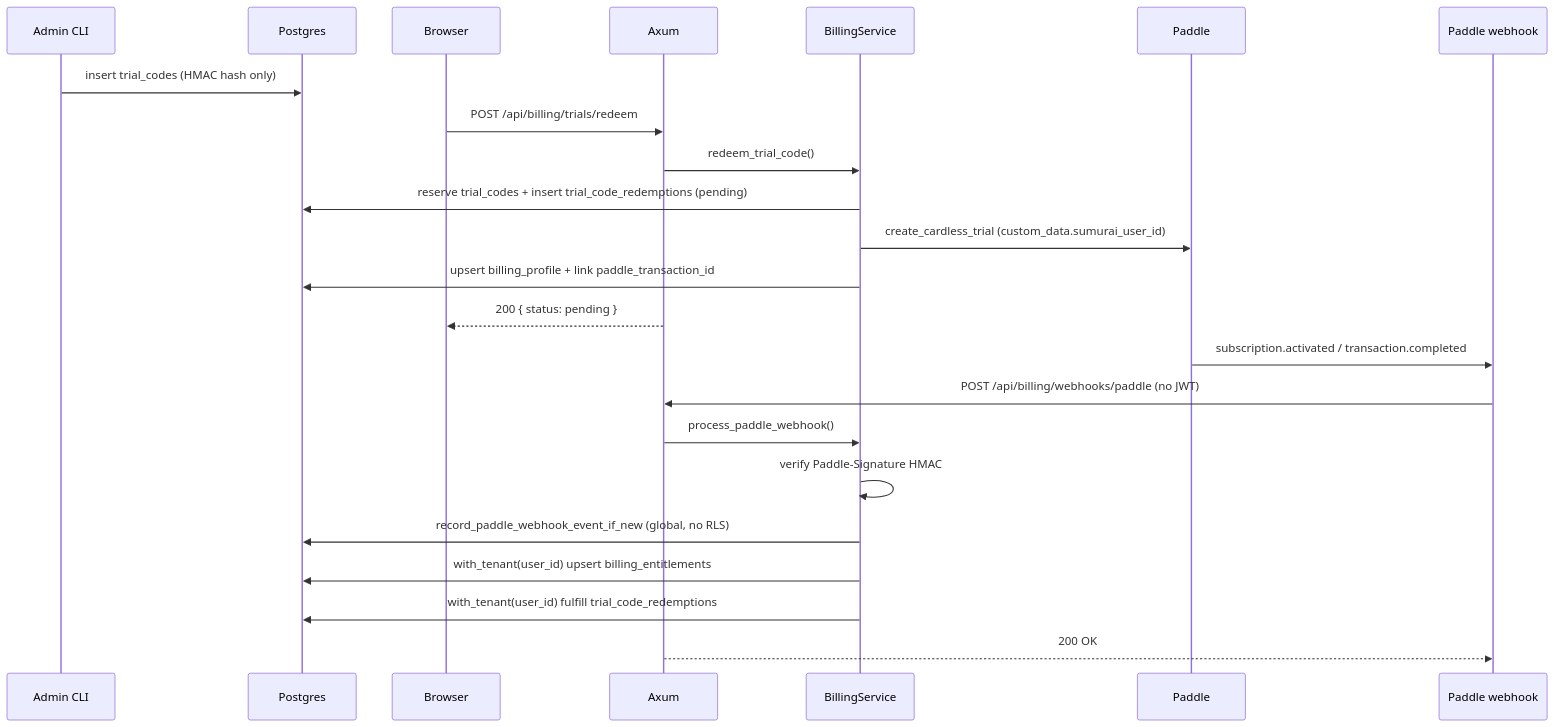
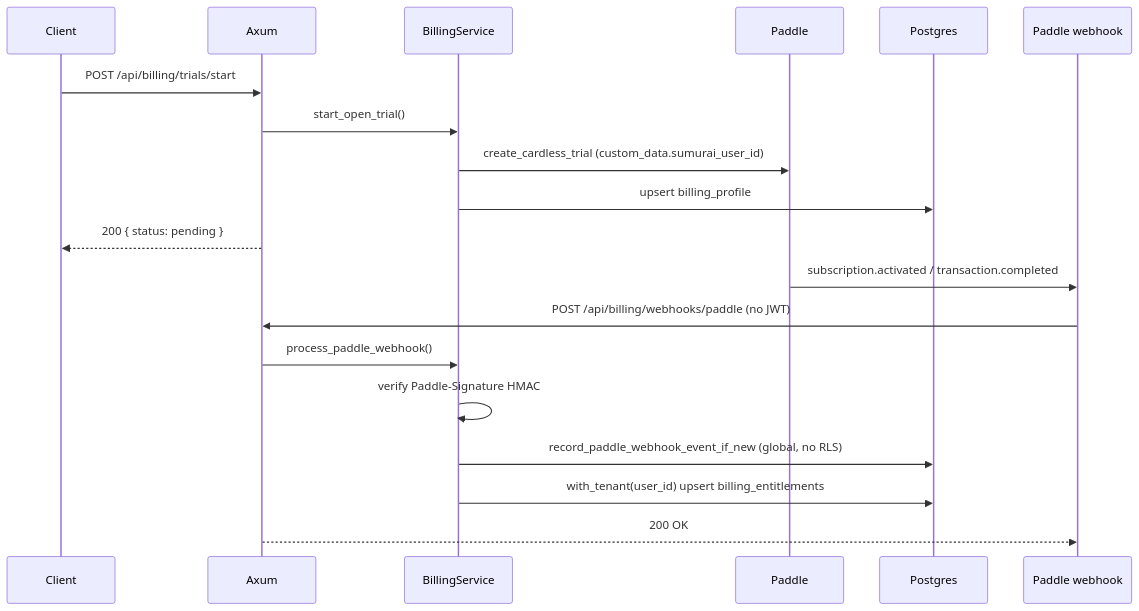
One commit to TwoBitFoundry/sumurai changed the fourth of 11 diagrams in docs/ARCHITECTURE.md. Above: the diagram before and after it, drawn with Mermaid. The commit also changed other lines of this file and 3 other files, not shown here.

First line of the commit message:
docs: document open trials stages and deferred billing UI (open-paddle-trials-cleanup Phase 4).

````diff
--- a/docs/ARCHITECTURE.md
+++ b/docs/ARCHITECTURE.md
@@ -130,27 +130,23 @@
 ```mermaid
 sequenceDiagram
-    participant Admin as Admin CLI
-    participant Postgres
-    participant Browser
+    participant Client
     participant Axum
     participant Billing as BillingService
     participant Paddle
+    participant Postgres
     participant WH as Paddle webhook
 
-    Admin->>Postgres: insert trial_codes (HMAC hash only)
-    Browser->>Axum: POST /api/billing/trials/redeem
-    Axum->>Billing: redeem_trial_code()
-    Billing->>Postgres: reserve trial_codes + insert trial_code_redemptions (pending)
+    Client->>Axum: POST /api/billing/trials/start
+    Axum->>Billing: start_open_trial()
     Billing->>Paddle: create_cardless_trial (custom_data.sumurai_user_id)
-    Billing->>Postgres: upsert billing_profile + link paddle_transaction_id
-    Axum-->>Browser: 200 { status: pending }
+    Billing->>Postgres: upsert billing_profile
+    Axum-->>Client: 200 { status: pending }
 
     Paddle->>WH: subscription.activated / transaction.completed
     WH->>Axum: POST /api/billing/webhooks/paddle (no JWT)
     Axum->>Billing: process_paddle_webhook()
     Billing->>Billing: verify Paddle-Signature HMAC
     Billing->>Postgres: record_paddle_webhook_event_if_new (global, no RLS)
     Billing->>Postgres: with_tenant(user_id) upsert billing_entitlements
-    Billing->>Postgres: with_tenant(user_id) fulfill trial_code_redemptions
     Axum-->>WH: 200 OK
 ```
````
